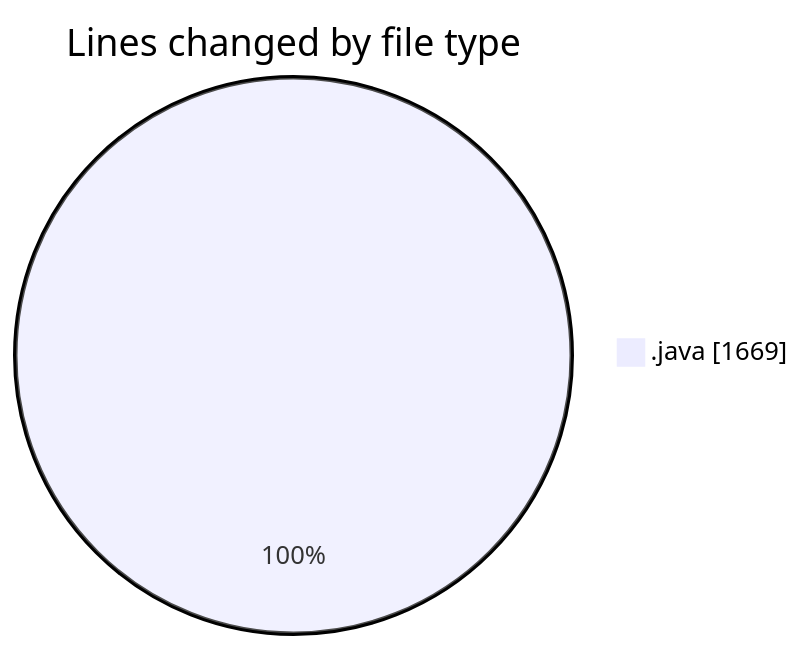
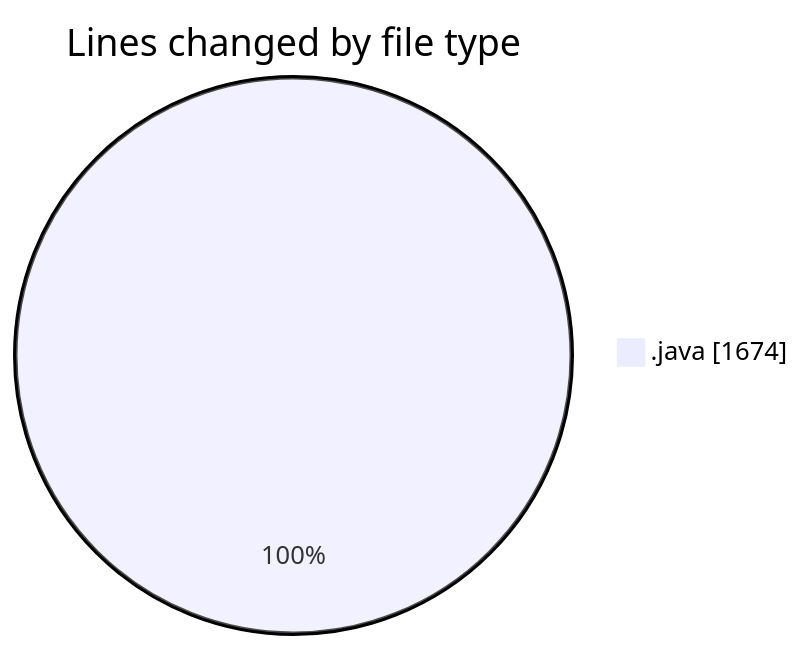
One commit to ricardozamudiocil/code-tracking changed the first of 2 diagrams in 2026-09-30/cilreports__workspace_/README.md. Above: the diagram before and after it, drawn with Mermaid. The commit also changed other lines of this file and 1 other file, not shown here.

````diff
--- a/2026-09-30/cilreports__workspace_/README.md
+++ b/2026-09-30/cilreports__workspace_/README.md
@@ -22,5 +22,5 @@
 ```mermaid
 pie showData
 title Lines changed by file type
-".java" : 1669
+".java" : 1674
 ```
````
